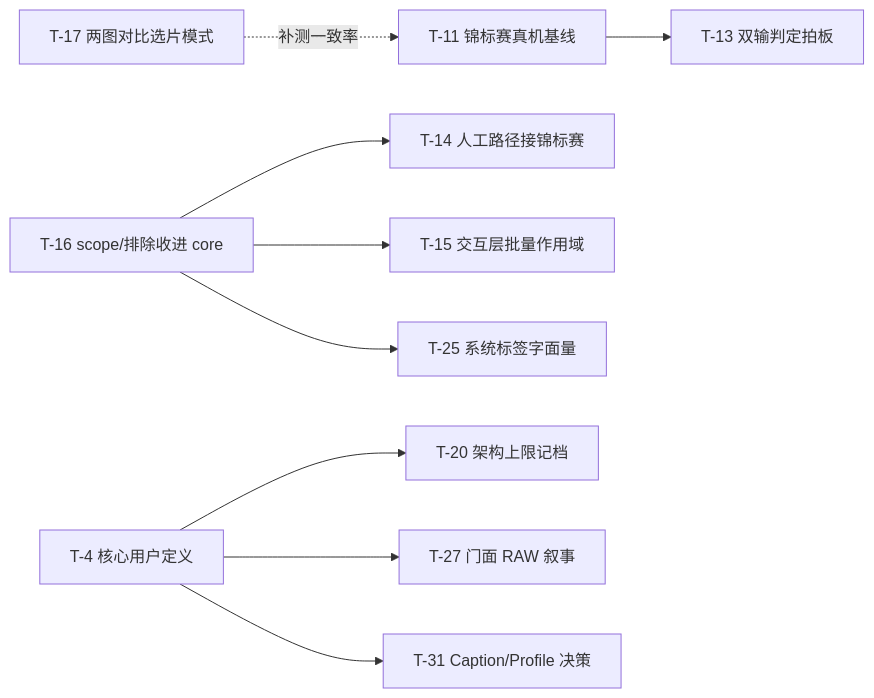
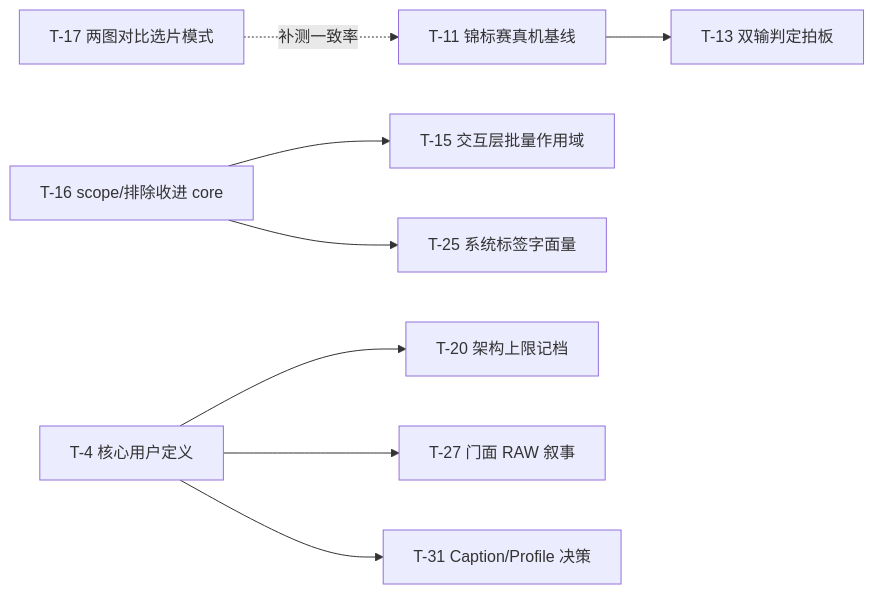
The diagram in docs/proposal-2026-07-25.md (wangliyangleon/picztream), drawn with Mermaid before and after one commit. The commit also changed other lines of this file, not shown here.

````diff
--- a/docs/proposal-2026-07-25.md
+++ b/docs/proposal-2026-07-25.md
@@ -272,11 +272,10 @@
 ```mermaid
 graph LR
   T11[T-11 锦标赛真机基线] --> T13[T-13 双输判定拍板]
-  T16[T-16 scope/排除收进 core] --> T14[T-14 人工路径接锦标赛]
-  T16 --> T15[T-15 交互层批量作用域]
+  T16[T-16 scope/排除收进 core] --> T15[T-15 交互层批量作用域]
   T16 --> T25[T-25 系统标签字面量]
   T4[T-4 核心用户定义] --> T20[T-20 架构上限记档]
   T4 --> T27[T-27 门面 RAW 叙事]
   T4 --> T31[T-31 Caption/Profile 决策]
   T17[T-17 两图对比选片模式] -.补测一致率.-> T11
 ```
````
